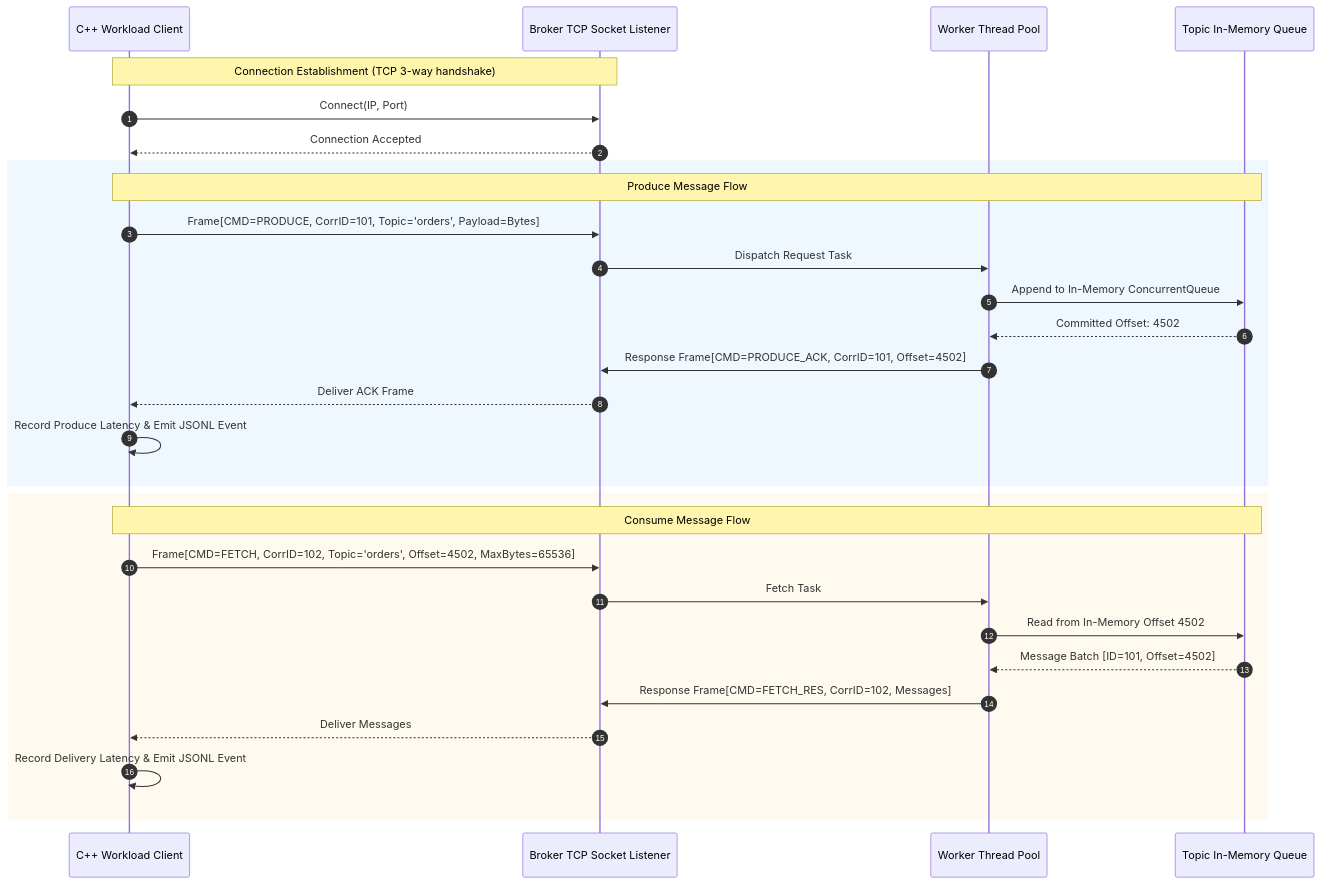
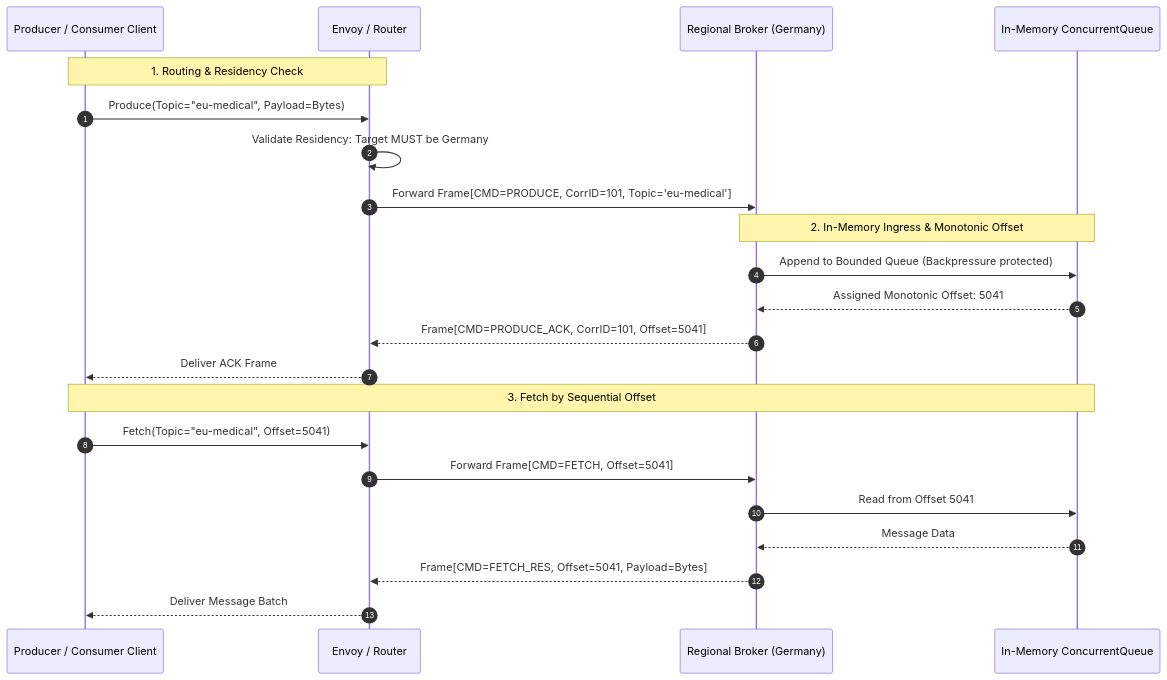
One commit to ansh0014/Hydra-Stream changed the fourth of 8 diagrams in docs/system-diagrams.md. Above: the diagram before and after it, drawn with Mermaid. The commit also changed other lines of this file and 12 other files, not shown here.

Commit message:
docs: align documentation with multi-region geo-resilience and Hydra Control Plane architecture

````diff
--- a/docs/system-diagrams.md
+++ b/docs/system-diagrams.md
@@ -156,34 +141,27 @@
 ```mermaid
 sequenceDiagram
     autonumber
-    participant C as C++ Workload Client
-    participant S as Broker TCP Socket Listener
-    participant W as Worker Thread Pool
-    participant T as Topic In-Memory Queue
+    participant C as Producer / Consumer Client
+    participant E as Envoy / Router
+    participant B as Regional Broker (Germany)
+    participant Q as In-Memory ConcurrentQueue
 
-    Note over C,S: Connection Establishment (TCP 3-way handshake)
-    C->>S: Connect(IP, Port)
-    S-->>C: Connection Accepted
+    Note over C,E: 1. Routing & Residency Check
+    C->>E: Produce(Topic="eu-medical", Payload=Bytes)
+    E->>E: Validate Residency: Target MUST be Germany
+    E->>B: Forward Frame[CMD=PRODUCE, CorrID=101, Topic='eu-medical']
 
-    rect rgb(240, 248, 255)
-        Note over C,T: Produce Message Flow
-        C->>S: Frame[CMD=PRODUCE, CorrID=101, Topic='orders', Payload=Bytes]
-        S->>W: Dispatch Request Task
-        W->>T: Append to In-Memory ConcurrentQueue
-        T-->>W: Committed Offset: 4502
-        W->>S: Response Frame[CMD=PRODUCE_ACK, CorrID=101, Offset=4502]
-        S-->>C: Deliver ACK Frame
-        C->>C: Record Produce Latency & Emit JSONL Event
-    end
+    Note over B,Q: 2. In-Memory Ingress & Monotonic Offset
+    B->>Q: Append to Bounded Queue (Backpressure protected)
+    Q-->>B: Assigned Monotonic Offset: 5041
+    B-->>E: Frame[CMD=PRODUCE_ACK, CorrID=101, Offset=5041]
+    E-->>C: Deliver ACK Frame
 
-    rect rgb(255, 250, 240)
-        Note over C,T: Consume Message Flow
-        C->>S: Frame[CMD=FETCH, CorrID=102, Topic='orders', Offset=4502, MaxBytes=65536]
-        S->>W: Fetch Task
-        W->>T: Read from In-Memory Offset 4502
-        T-->>W: Message Batch [ID=101, Offset=4502]
-        W->>S: Response Frame[CMD=FETCH_RES, CorrID=102, Messages]
-        S-->>C: Deliver Messages
-        C->>C: Record Delivery Latency & Emit JSONL Event
-    end
+    Note over C,Q: 3. Fetch by Sequential Offset
+    C->>E: Fetch(Topic="eu-medical", Offset=5041)
+    E->>B: Forward Frame[CMD=FETCH, Offset=5041]
+    B->>Q: Read from Offset 5041
+    Q-->>B: Message Data
+    B-->>E: Frame[CMD=FETCH_RES, Offset=5041, Payload=Bytes]
+    E-->>C: Deliver Message Batch
 ```
````
